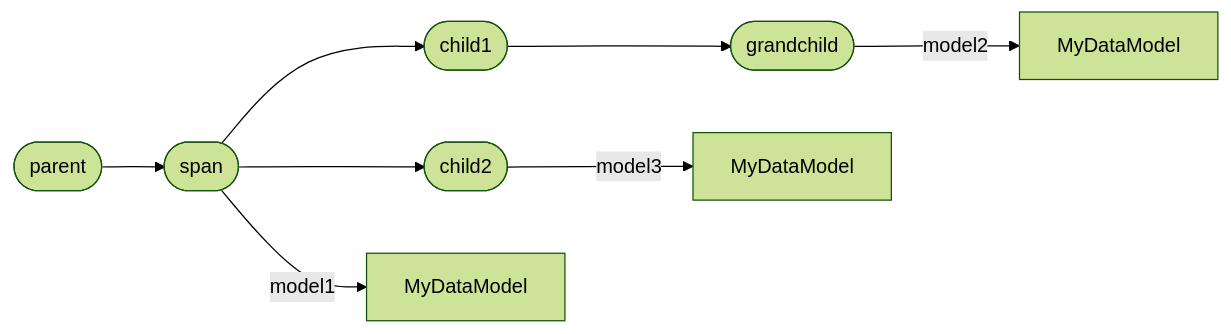
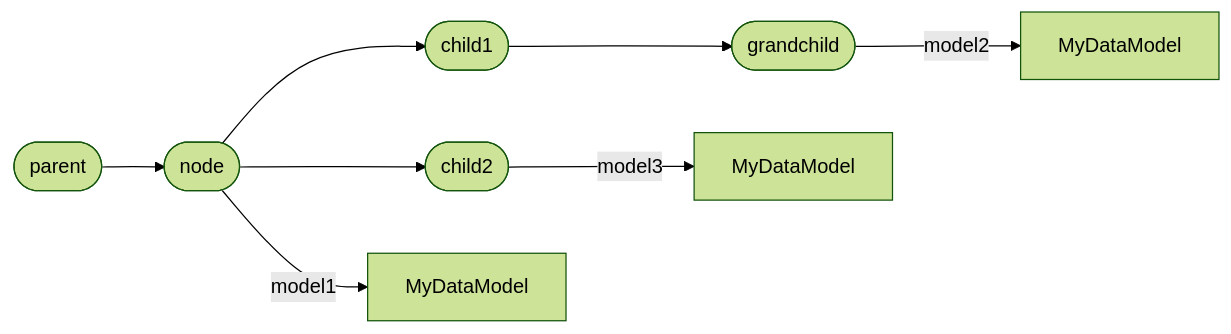
Before and after one commit to rmorshea/artigraph: the second of 8 diagrams in docs/usage.md, drawn with Mermaid (forest theme). The commit also changed other lines of this file and 11 other files, not shown here.

````diff
--- a/docs/usage.md
+++ b/docs/usage.md
@@ -272,18 +264,19 @@
 ```mermaid
 graph LR
     p([parent])
-    s([span])
+    n([node])
     c1([child1])
     c2([child2])
     g([grandchild])
     m1[MyDataModel]
     m2[MyDataModel]
     m3[MyDataModel]
-    p --> s
-    s --> |model1| m1
-    s --> c1
-    s --> c2
+
+    p --> n
+    n --> |model1| m1
+    n --> c1
+    n --> c2
     c1 --> g
     g --> |model2| m2
     c2 --> |model3| m3
 ```
````
